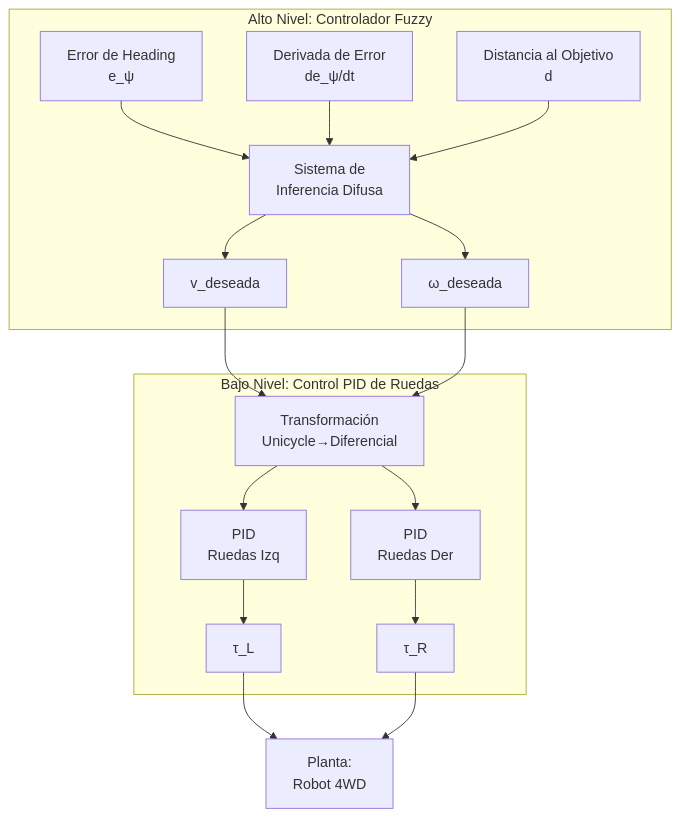
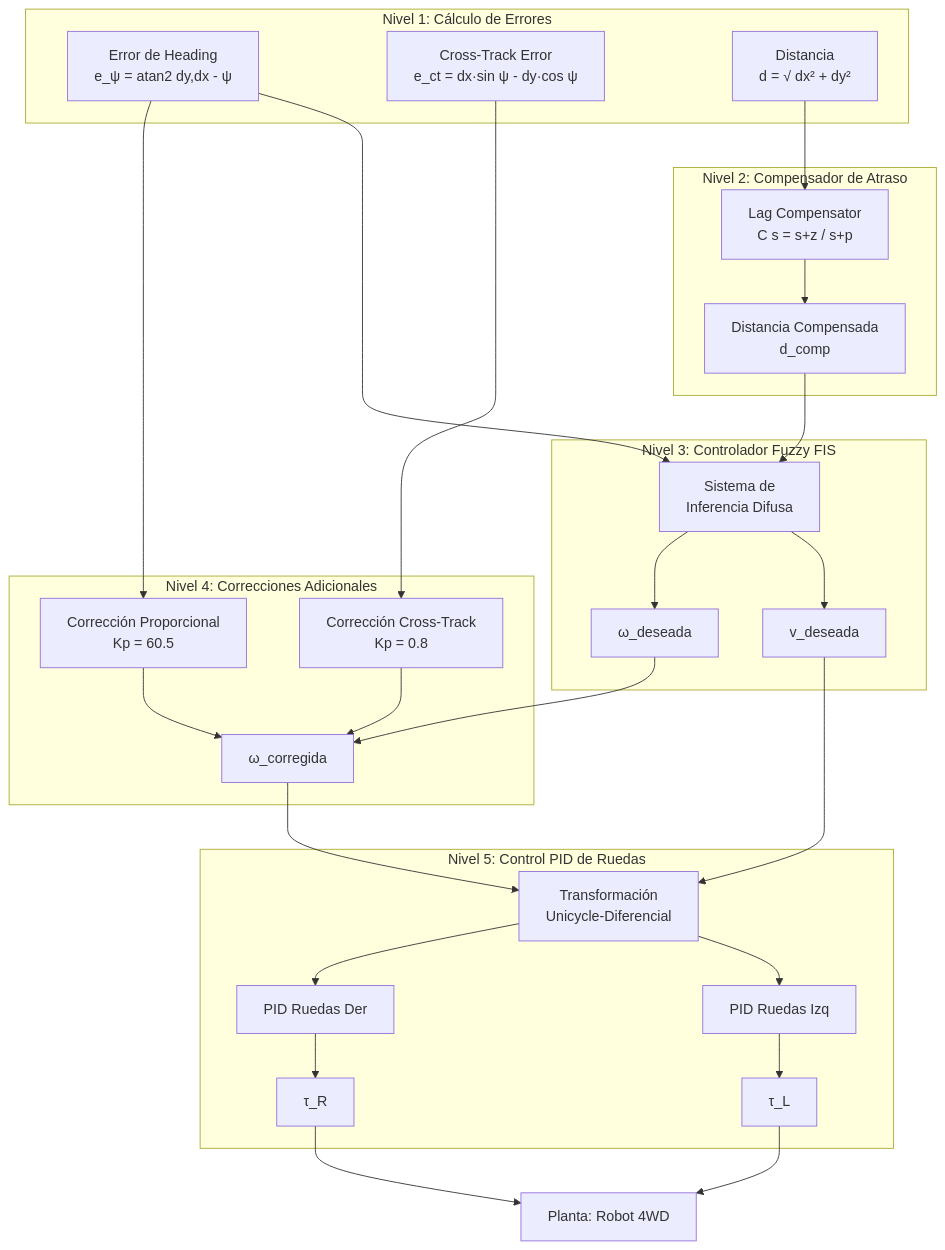
The diagram in Control_lab/final_work/MODELADO_ROBOT.md (97hackbrian/RoboticsLab_DRM), drawn with Mermaid before and after one commit. The commit also changed other lines of this file, not shown here.

Commit message:
feat: Update robot inertia and friction parameters and refactor control system architecture to include a lag compensator and additional correction stages.

````diff
--- a/Control_lab/final_work/MODELADO_ROBOT.md
+++ b/Control_lab/final_work/MODELADO_ROBOT.md
@@ -216,22 +218,41 @@
 ```mermaid
 flowchart TD
-    subgraph "Alto Nivel: Controlador Fuzzy"
-        A[Error de Heading<br/>e_ψ] --> FIS
-        B[Derivada de Error<br/>de_ψ/dt] --> FIS
-        C[Distancia al Objetivo<br/>d] --> FIS
+    subgraph "Nivel 1: Cálculo de Errores"
+        ERR_H[Error de Heading<br/>e_ψ = atan2 dy,dx - ψ]
+        ERR_CT[Cross-Track Error<br/>e_ct = dx·sin ψ - dy·cos ψ]
+        DIST[Distancia<br/>d = √ dx² + dy²]
+    end
+    
+    subgraph "Nivel 2: Compensador de Atraso"
+        LAG[Lag Compensator<br/>C s = s+z / s+p]
+        DIST --> LAG
+        LAG --> DIST_COMP[Distancia Compensada<br/>d_comp]
+    end
+    
+    subgraph "Nivel 3: Controlador Fuzzy FIS"
+        ERR_H --> FIS
+        DIST_COMP --> FIS
         FIS[Sistema de<br/>Inferencia Difusa] --> V[v_deseada]
         FIS --> W[ω_deseada]
     end
     
-    subgraph "Bajo Nivel: Control PID de Ruedas"
-        V --> TRANS[Transformación<br/>Unicycle→Diferencial]
-        W --> TRANS
-        TRANS --> PID_L[PID<br/>Ruedas Izq]
-        TRANS --> PID_R[PID<br/>Ruedas Der]
+    subgraph "Nivel 4: Correcciones Adicionales"
+        ERR_H --> PROP[Corrección Proporcional<br/>Kp = 60.5]
+        ERR_CT --> CT_CORR[Corrección Cross-Track<br/>Kp = 0.8]
+        PROP --> W_CORR[ω_corregida]
+        CT_CORR --> W_CORR
+        W --> W_CORR
+    end
+    
+    subgraph "Nivel 5: Control PID de Ruedas"
+        V --> TRANS[Transformación<br/>Unicycle-Diferencial]
+        W_CORR --> TRANS
+        TRANS --> PID_L[PID Ruedas Izq]
+        TRANS --> PID_R[PID Ruedas Der]
         PID_L --> T_L[τ_L]
         PID_R --> T_R[τ_R]
     end
     
-    T_L --> PLANT[Planta:<br/>Robot 4WD]
+    T_L --> PLANT[Planta: Robot 4WD]
     T_R --> PLANT
 ```
````
